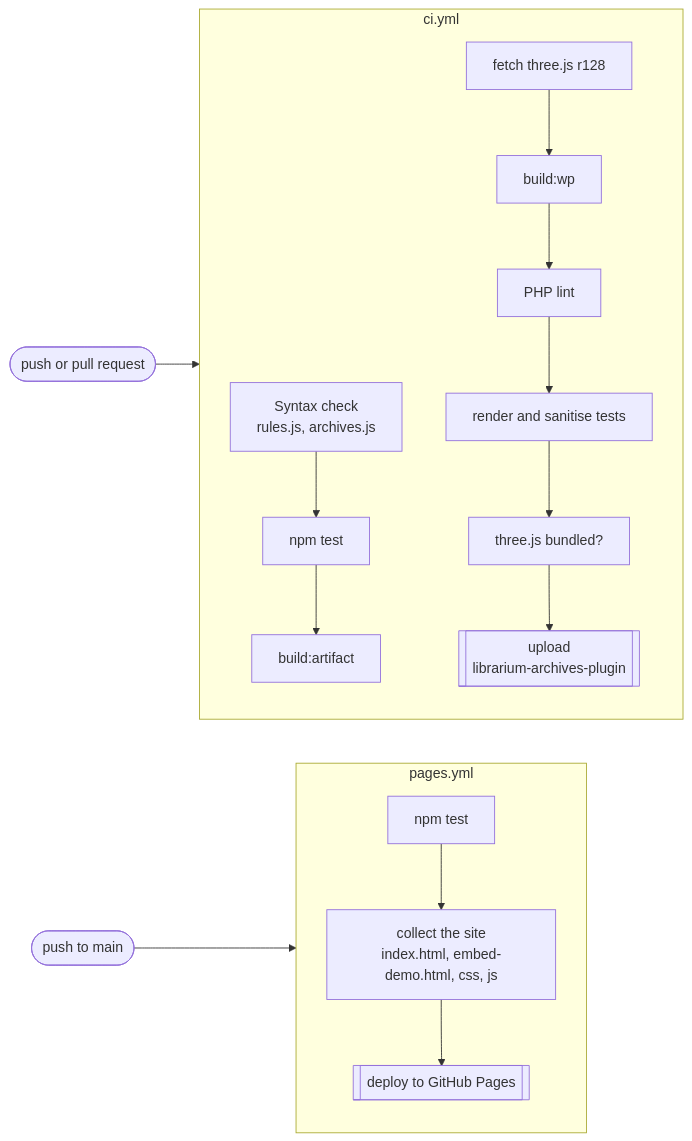
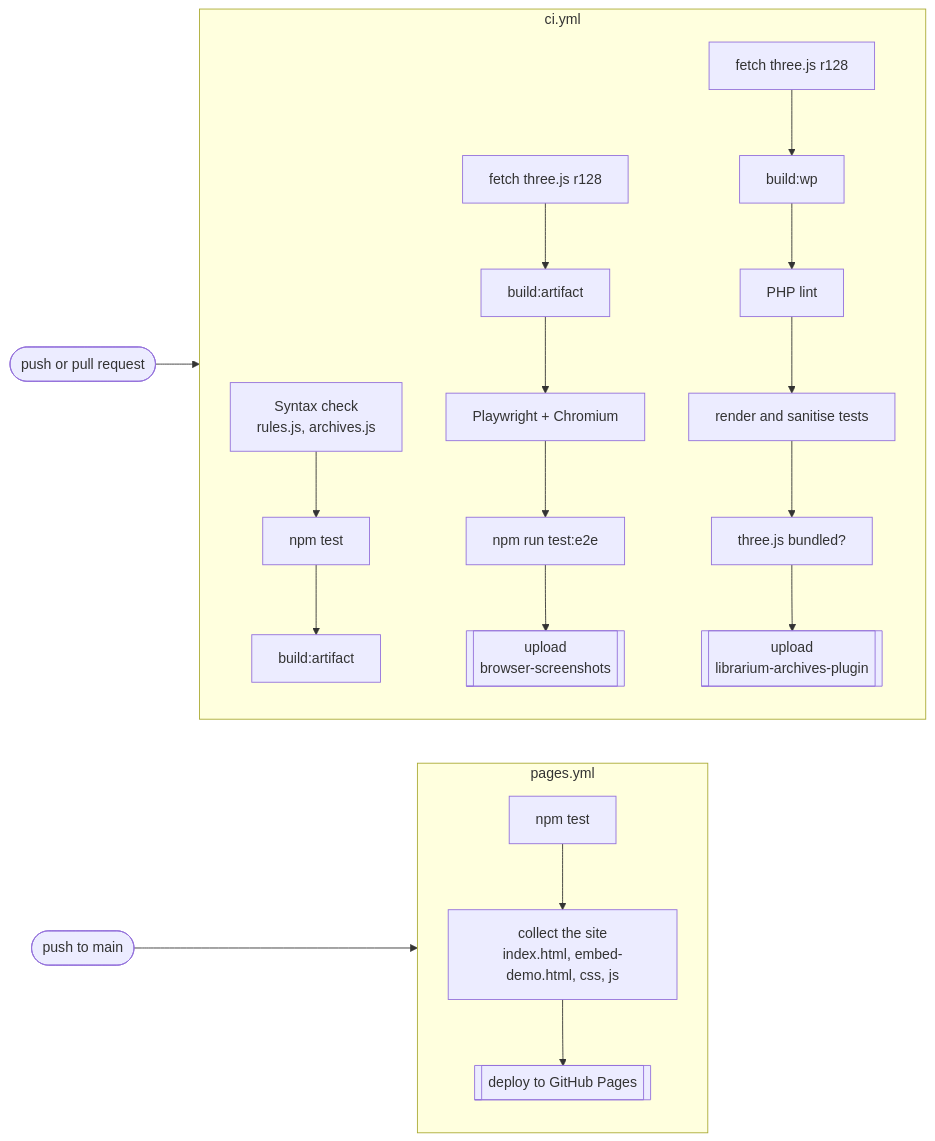
Before and after one commit to CptNope/Librarium-Archives: the second of 3 diagrams in docs/development.md, drawn with Mermaid. The commit also changed other lines of this file and 210 other files, not shown here.

First line of the commit message:
Split the code into src/rules (one file per game) and src/hall (systems, exhibit models, table presenters), joined into js/ by tools/build-js.mjs; browser tests in tests/e2e and a CI job for them

````diff
--- a/docs/development.md
+++ b/docs/development.md
@@ -89,14 +111,15 @@
 ```mermaid
 flowchart LR
     push(["push or pull request"]) --> ci
     subgraph ci["ci.yml"]
         direction TB
         t1["Syntax check<br/>rules.js, archives.js"] --> t2["npm test"] --> t3["build:artifact"]
+        e1["fetch three.js r128"] --> e2["build:artifact"] --> e3["Playwright + Chromium"] --> e4["npm run test:e2e"] --> e5[["upload<br/>browser-screenshots"]]
         p1["fetch three.js r128"] --> p2["build:wp"] --> p3["PHP lint"] --> p4["render and sanitise tests"] --> p5["three.js bundled?"] --> p6[["upload<br/>librarium-archives-plugin"]]
     end
     main(["push to main"]) --> pages
     subgraph pages["pages.yml"]
         direction TB
         d1["npm test"] --> d2["collect the site<br/>index.html, embed-demo.html, css, js"] --> d3[["deploy to GitHub Pages"]]
     end
 ```
````
